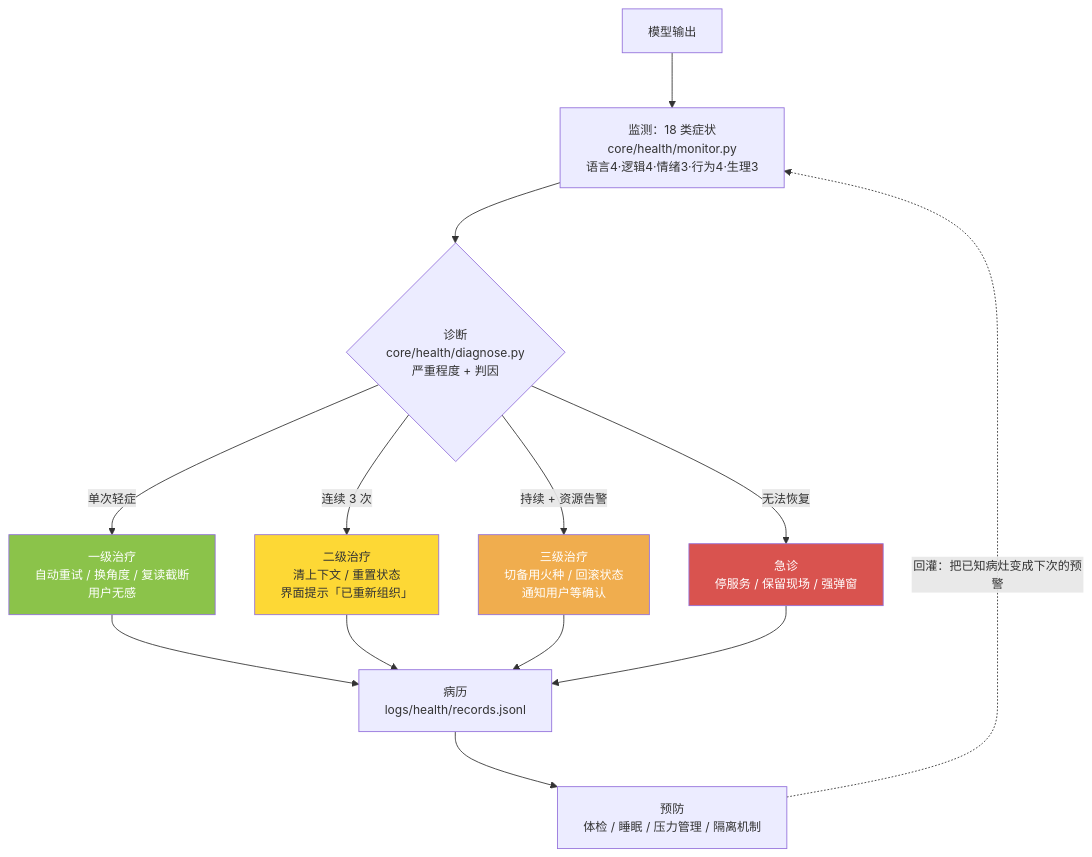
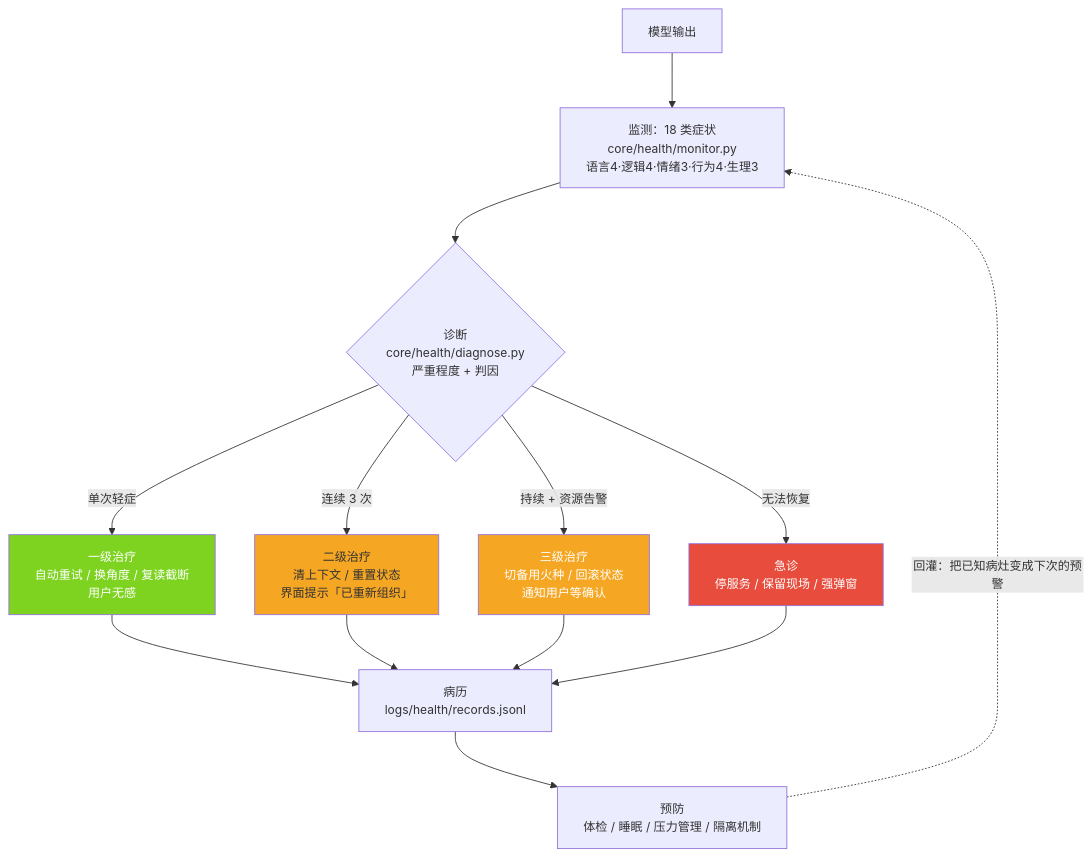
The fifth of 20 diagrams in docs/architecture-diagrams.md (jiangchuangege/xiaojiao-harnees), drawn with Mermaid before and after one commit. The commit also changed other lines of this file and 32 other files, not shown here.

Commit message:
统一：全仓原理图配色到一套调色板 + 给 12 张灰图补色 + 修正自己会睡那张过期图

````diff
--- a/docs/architecture-diagrams.md
+++ b/docs/architecture-diagrams.md
@@ -186,21 +186,21 @@
 ```mermaid
 %%{init: {"themeVariables": {"fontSize": "14px"}, "flowchart": {"htmlLabels": true, "wrappingWidth": 340, "nodeSpacing": 46, "rankSpacing": 64, "useMaxWidth": true}}}%%
 flowchart TB
     MO["模型输出"] --> MON["监测：18 类症状<br/>core/health/monitor.py<br/>语言4·逻辑4·情绪3·行为4·生理3"]
     MON --> DIAG{"诊断<br/>core/health/diagnose.py<br/>严重程度 + 判因"}
     DIAG -->|"单次轻症"| L1["一级治疗<br/>自动重试 / 换角度 / 复读截断<br/>用户无感"]
     DIAG -->|"连续 3 次"| L2["二级治疗<br/>清上下文 / 重置状态<br/>界面提示「已重新组织」"]
     DIAG -->|"持续 + 资源告警"| L3["三级治疗<br/>切备用火种 / 回滚状态<br/>通知用户等确认"]
     DIAG -->|"无法恢复"| L4["急诊<br/>停服务 / 保留现场 / 强弹窗"]
     L1 --> REC["病历<br/>logs/health/records.jsonl"]
     L2 --> REC
     L3 --> REC
     L4 --> REC
     REC --> PRE["预防<br/>体检 / 睡眠 / 压力管理 / 隔离机制"]
     PRE -.->|"回灌：把已知病灶变成下次的预警"| MON
 
-    style L1 fill:#8bc34a,color:#fff
-    style L2 fill:#fdd835
-    style L3 fill:#f0ad4e,color:#fff
-    style L4 fill:#d9534f,color:#fff
+    style L1 fill:#7ED321,color:#fff
+    style L2 fill:#F5A623
+    style L3 fill:#F5A623,color:#fff
+    style L4 fill:#E74C3C,color:#fff
 ```
````
